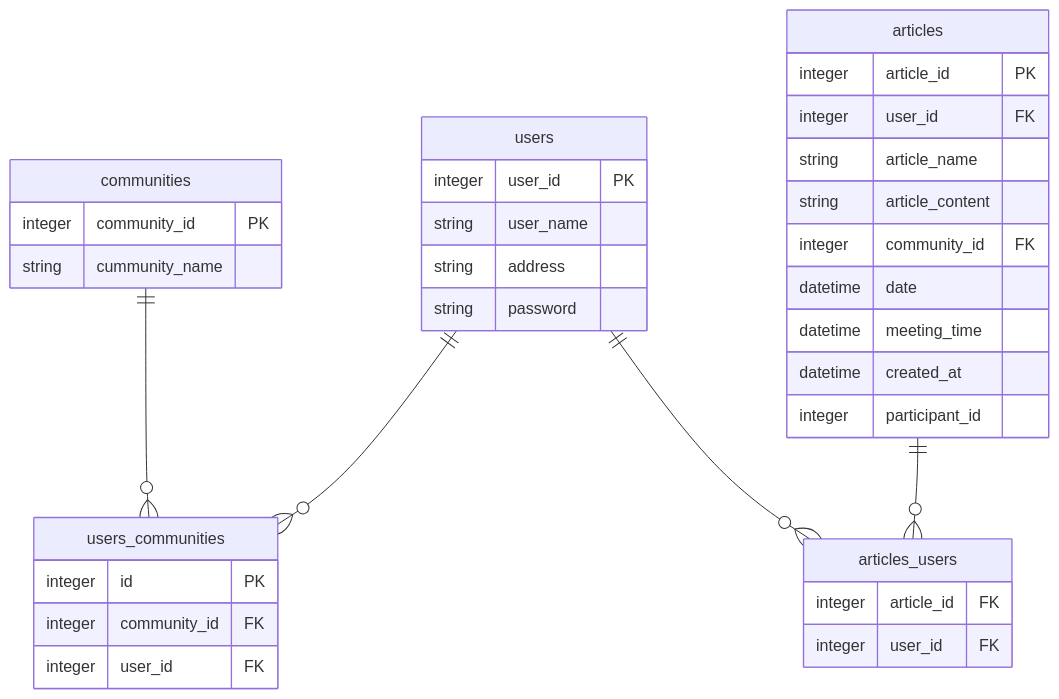
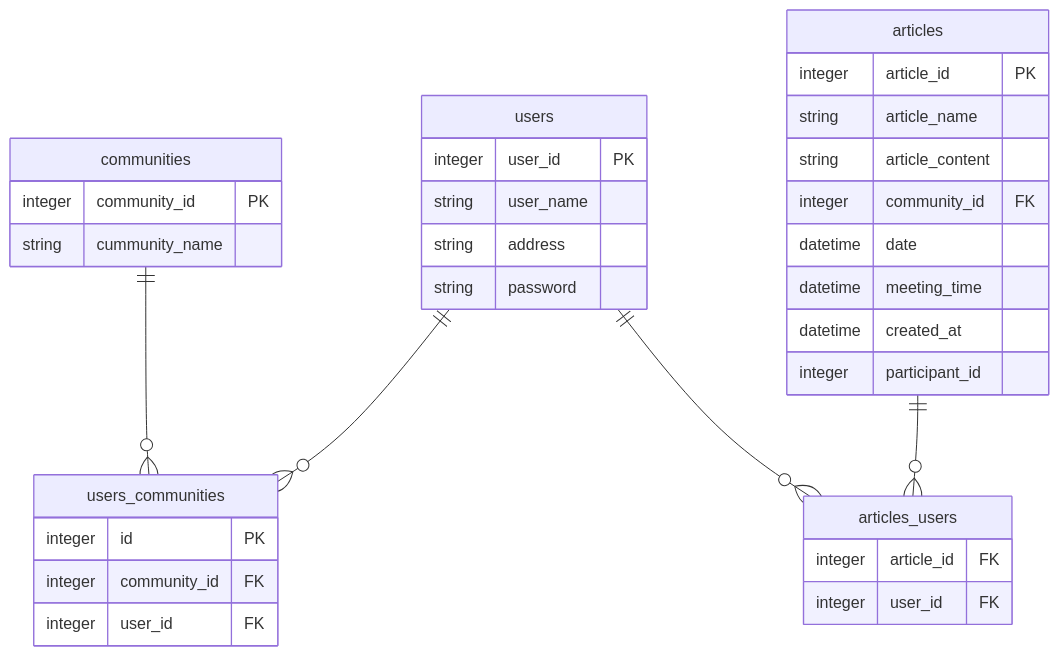
One commit to jphacks/F_2204 changed the diagram in README.md. Above: the diagram before and after it, drawn with Mermaid.

Commit message:
modify: readme

````diff
--- a/README.md
+++ b/README.md
@@ -51,48 +51,47 @@
 ```mermaid
 erDiagram
 
 users {
     integer user_id PK
     string user_name
     string address
     string password
 }
 
 users_communities {
     integer id PK
     integer community_id FK
     integer user_id FK
 }
 
 communities {
     integer community_id PK
     string cummunity_name
 } 
 
 articles {
     integer article_id  PK
-    integer user_id FK 
     string article_name 
     string article_content
     integer community_id FK
     datetime date
     datetime meeting_time
     datetime created_at
     integer participant_id
 }
 
 articles_users {
     integer article_id FK
     integer user_id FK
 }
 
 
 
 users ||--o{users_communities:""
 communities ||--o{users_communities:""
 
 articles ||--o{articles_users:""
 users ||--o{articles_users:""
 
 
 ```
````
